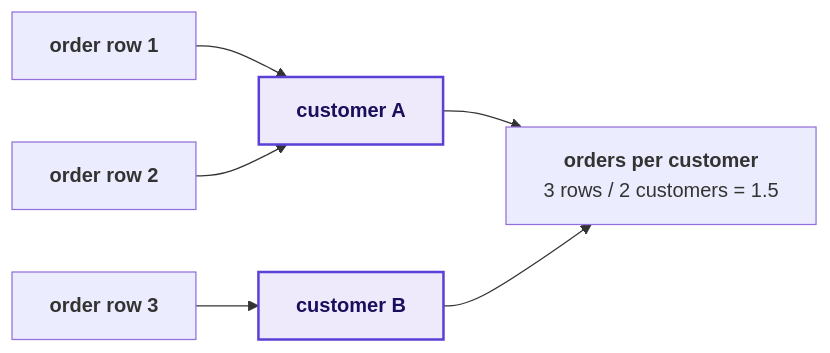
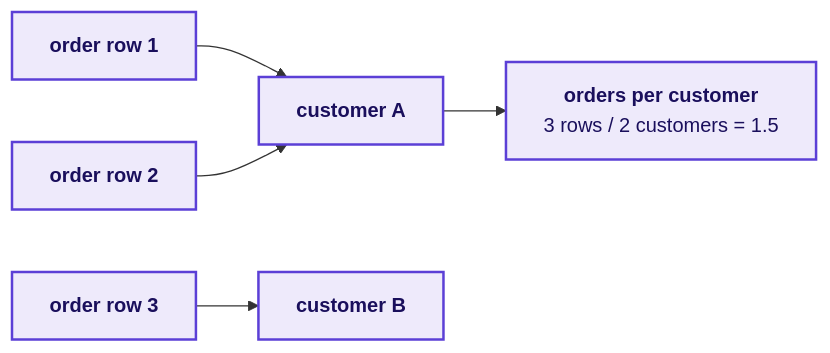
Diagram 15 of 18 in content/W01/D1/slides/C2_W01_D01_half1_STUDENT.md (fde-academy-lab/c2-content-factory), drawn with Mermaid before and after one commit. The commit also changed other lines of this file and 10 other files, not shown here.

````diff
--- a/content/W01/D1/slides/C2_W01_D01_half1_STUDENT.md
+++ b/content/W01/D1/slides/C2_W01_D01_half1_STUDENT.md
@@ -515,10 +846,9 @@
 ```mermaid
 flowchart LR
     O1["<b>order row 1</b>"] --> P1["<b>customer A</b>"]
     O2["<b>order row 2</b>"] --> P1
     O3["<b>order row 3</b>"] --> P2["<b>customer B</b>"]
     P1 --> F["<b>orders per customer</b><br/>3 rows / 2 customers = 1.5"]
-    P2 --> F
     classDef known fill:#EEEAFB,stroke:#5B3FD6,color:#1A0F5C,stroke-width:2px
-    class P1,P2 known
+    class O1,O2,O3,P1,P2,F known
 ```
````
